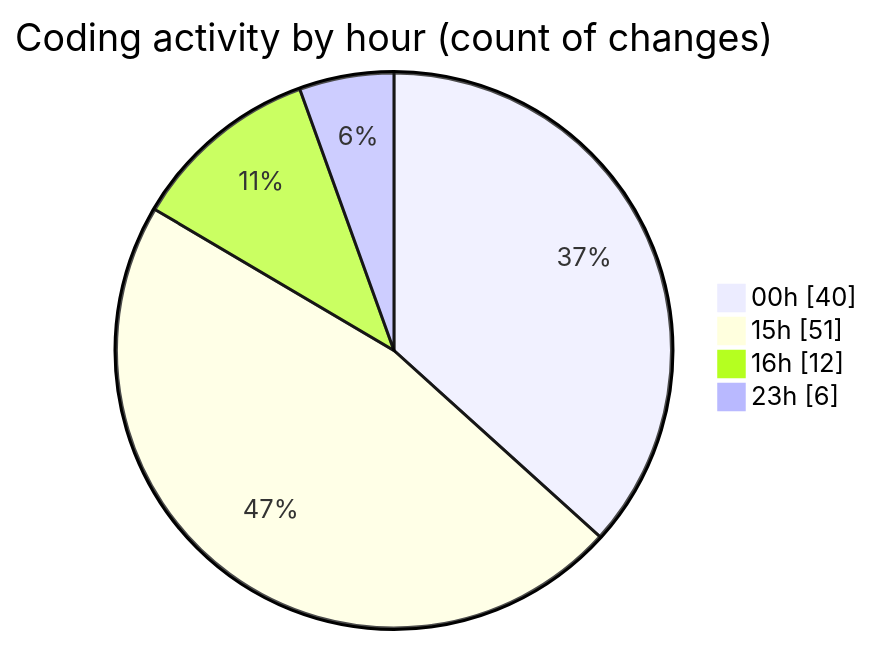
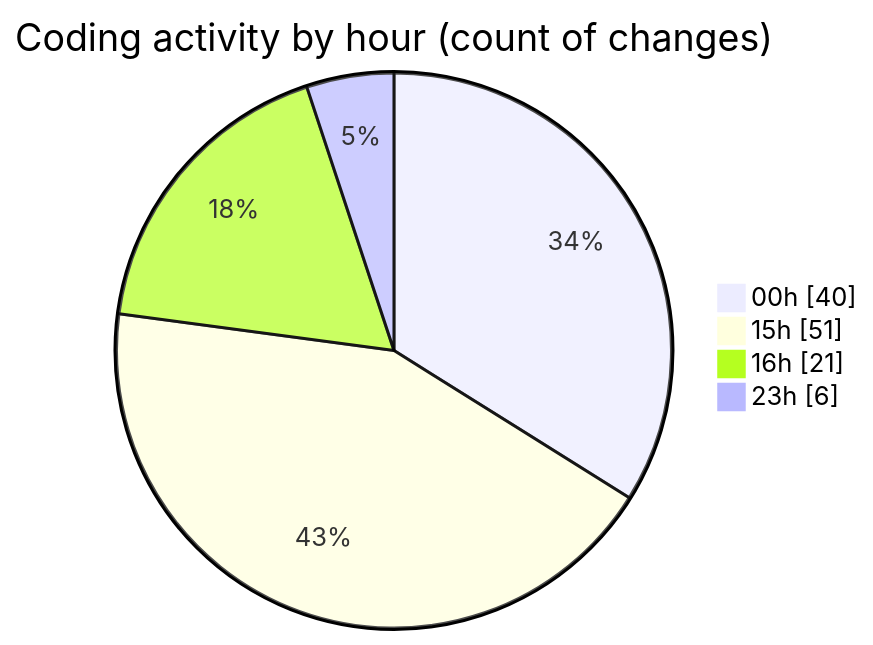
One commit to Netris89/code-tracking changed the second of 2 diagrams in 2025-05-03/date/README.md. Above: the diagram before and after it, drawn with Mermaid. The commit also changed other lines of this file and 1 other file, not shown here.

````diff
--- a/2025-05-03/date/README.md
+++ b/2025-05-03/date/README.md
@@ -39,8 +39,8 @@
 ```mermaid
 pie showData
 title Coding activity by hour (count of changes)
 "00h" : 40
 "15h" : 51
-"16h" : 12
+"16h" : 21
 "23h" : 6
 ```
````
